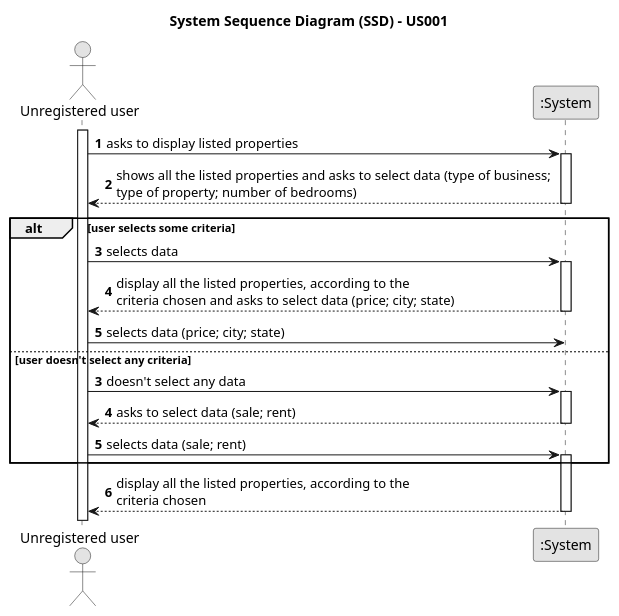
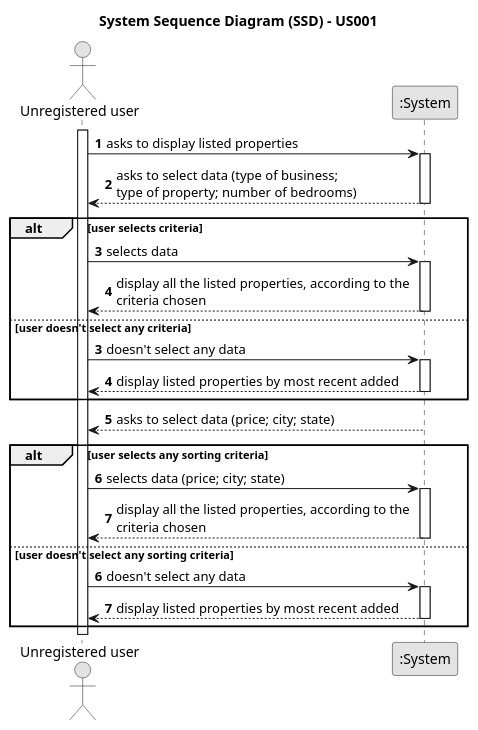
Before and after one commit to rita-barbosa/LAPR2-2223: the diagram in docs/sprintA/us001/01.requirements-engineering/puml/us001-system-sequence-diagram.puml, drawn with PlantUML. The commit also changed 5 other files, not shown here.

```diff
--- a/docs/sprintA/us001/01.requirements-engineering/puml/us001-system-sequence-diagram.puml
+++ b/docs/sprintA/us001/01.requirements-engineering/puml/us001-system-sequence-diagram.puml
@@ -1,52 +1,64 @@
 @startuml
 skinparam monochrome true
 skinparam packageStyle rectangle
 skinparam shadowing false
 
 title System Sequence Diagram (SSD) - US001
 
 autonumber
 
 actor "Unregistered user" as User
 participant ":System" as System
 
 activate User
 
-'ter em conta a UI que aparece para o cliente ????
-
     User -> System : asks to display listed properties
     activate System
 
-    System --> User : shows all the listed properties and asks to select data (type of business; \ntype of property; number of bedrooms)
+    System --> User : asks to select data (type of business; \ntype of property; number of bedrooms)
     deactivate System
 
-    alt user selects some criteria
+    alt user selects criteria
         User -> System : selects data
         activate System
 
-        System --> User : display all the listed properties, according to the \ncriteria chosen and asks to select data (price; city; state)
-        deactivate System
-
-        User -> System : selects data (price; city; state)
+        System --> User : display all the listed properties, according to the \ncriteria chosen
         deactivate System
 
     else user doesn't select any criteria
 
         autonumber 3
 
         User -> System : doesn't select any data
         activate System
 
-        System --> User : asks to select data (sale; rent)
+        System --> User : display listed properties by most recent added
         deactivate System
-
-        User -> System : selects data (sale; rent)
-        activate System
 
     end
 
-    System --> User : display all the listed properties, according to the \ncriteria chosen
-    deactivate System
+
+    System --> User : asks to select data (price; city; state)
+           deactivate System
+
+    alt user selects any sorting criteria
+        User -> System : selects data (price; city; state)
+                    activate System
+
+            System --> User : display all the listed properties, according to the \ncriteria chosen
+            deactivate System
+
+    else user doesn't select any sorting criteria
+
+        autonumber 6
+
+        User -> System : doesn't select any data
+        activate System
+
+        System --> User : display listed properties by most recent added
+        deactivate System
+
+    end
 
 
 @enduml
```
